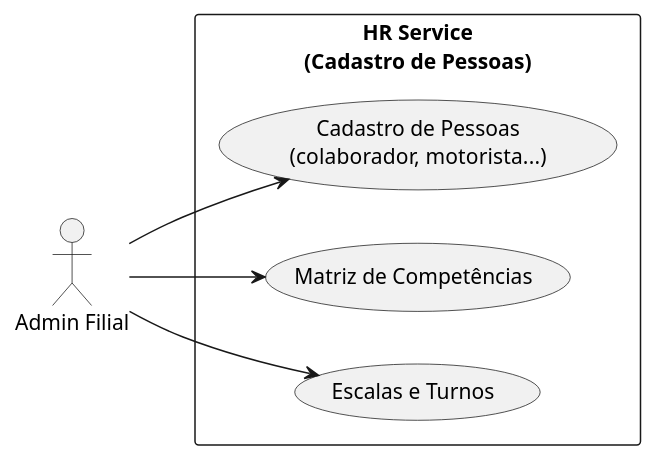
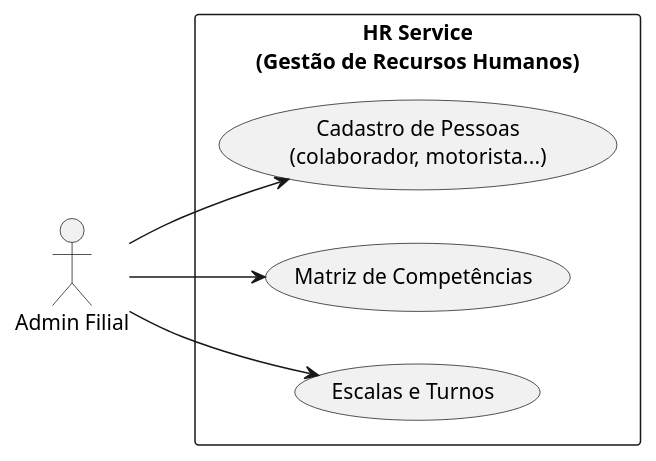
One commit to kami-note/Rail-Factory changed the diagram in docs/diagram/hr-use-case-v1.puml. Above: the diagram before and after it, drawn with PlantUML. The commit also changed 29 other files, not shown here.

First line of the commit message:
chore: harden auth/logout and clean diagram cache

```diff
--- a/docs/diagram/hr-use-case-v1.puml
+++ b/docs/diagram/hr-use-case-v1.puml
@@ -1,16 +1,16 @@
 @startuml HR-Use-Case
 left to right direction
 
 actor "Admin Filial" as AF
 
-rectangle "HR Service\n(Cadastro de Pessoas)" {
+rectangle "HR Service\n(Gestão de Recursos Humanos)" {
   usecase "Cadastro de Pessoas\n(colaborador, motorista...)" as UC_Profile
   usecase "Matriz de Competências" as UC_Skills
   usecase "Escalas e Turnos" as UC_Shifts
 }
 
 AF --> UC_Profile
 AF --> UC_Skills
 AF --> UC_Shifts
 
 @enduml
```
